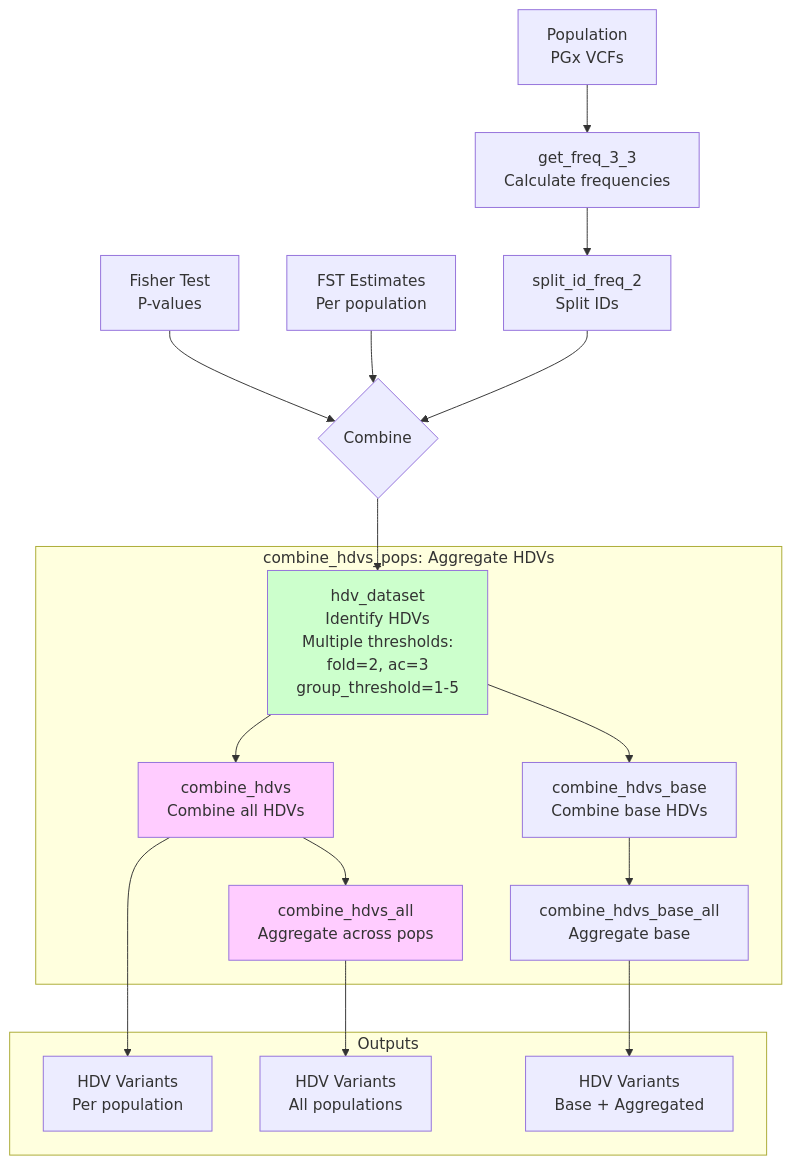
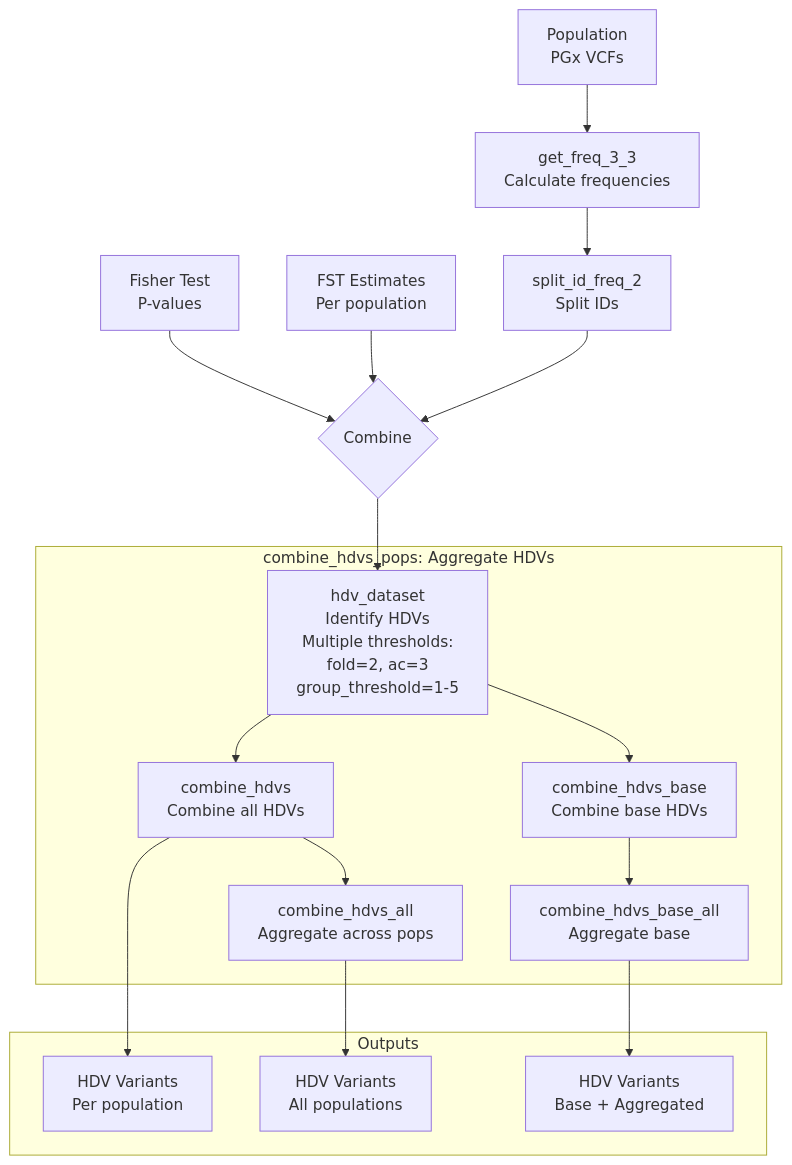
Before and after one commit to mamanambiya/exome_aibst_b38: the fifth of 8 diagrams in docs/WORKFLOW_GRAPH.md, drawn with Mermaid. The commit also changed other lines of this file, not shown here.

First line of the commit message:
docs: remove low-contrast fill colours from workflow graph

````diff
--- a/docs/WORKFLOW_GRAPH.md
+++ b/docs/WORKFLOW_GRAPH.md
@@ -168,33 +151,30 @@
 ```mermaid
 graph TB
     PopPGx[Population<br/>PGx VCFs] --> GetFreq[get_freq_3_3<br/>Calculate frequencies]
     FisherP[Fisher Test<br/>P-values] --> Combine1{Combine}
     FSTP[FST Estimates<br/>Per population] --> Combine1
     
     GetFreq --> SplitID[split_id_freq_2<br/>Split IDs]
     SplitID --> Combine1
     
     Combine1 --> HDV[hdv_dataset<br/>Identify HDVs<br/>Multiple thresholds:<br/>fold=2, ac=3<br/>group_threshold=1-5]
     
     subgraph "combine_hdvs_pops: Aggregate HDVs"
         HDV --> CombAll[combine_hdvs<br/>Combine all HDVs]
         HDV --> CombBase[combine_hdvs_base<br/>Combine base HDVs]
         
         CombAll --> AggAll[combine_hdvs_all<br/>Aggregate across pops]
         CombBase --> AggBase[combine_hdvs_base_all<br/>Aggregate base]
     end
     
     subgraph "Outputs"
         OUT1[HDV Variants<br/>Per population]
         OUT2[HDV Variants<br/>All populations]
         OUT3[HDV Variants<br/>Base + Aggregated]
     end
     
     CombAll --> OUT1
     AggAll --> OUT2
     AggBase --> OUT3
     
-    style HDV fill:#ccffcc
-    style CombAll fill:#ffccff
-    style AggAll fill:#ffccff
 ```
````
